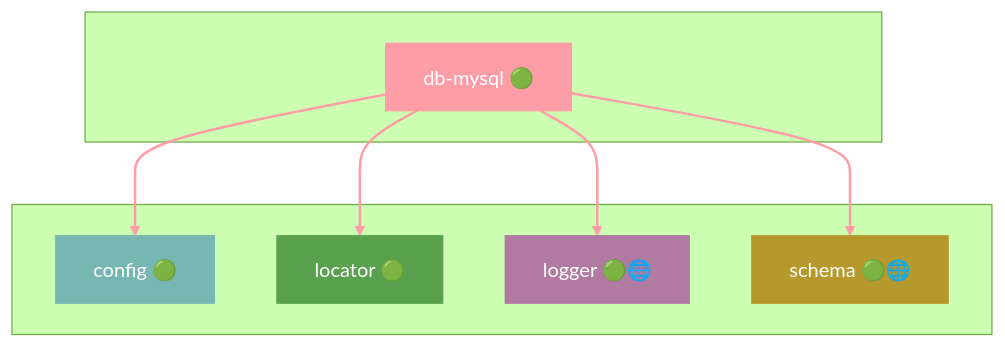
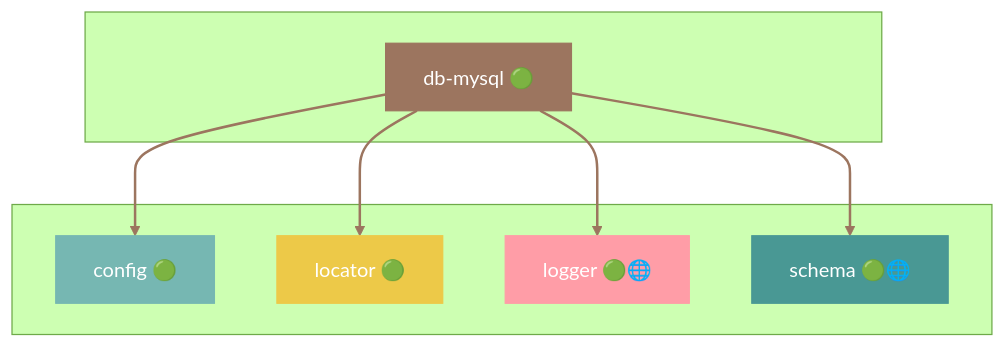
The tenth of 43 diagrams in docs/DEPENDENCIES.md (grest-ts/grest-ts), drawn with Mermaid (forest theme) before and after one commit. The commit also changed other lines of this file and 14 other files, not shown here.

````diff
--- a/docs/DEPENDENCIES.md
+++ b/docs/DEPENDENCIES.md
@@ -635,25 +677,25 @@
 ```mermaid
 flowchart TB
     subgraph Package[" "]
         db-mysql["db-mysql 🟢"]
     end
     subgraph Dependencies[" "]
         config["config 🟢"]
         locator["locator 🟢"]
         logger["logger 🟢🌐"]
         schema["schema 🟢🌐"]
     end
     db-mysql --> config
     db-mysql --> locator
     db-mysql --> logger
     db-mysql --> schema
-    style db-mysql fill:#FF9DA7,stroke:#FF9DA7,color:#fff
+    style db-mysql fill:#9C755F,stroke:#9C755F,color:#fff
     style config fill:#76B7B2,stroke:#76B7B2,color:#fff
-    style locator fill:#59A14F,stroke:#59A14F,color:#fff
-    style logger fill:#B07AA1,stroke:#B07AA1,color:#fff
-    style schema fill:#B6992D,stroke:#B6992D,color:#fff
-    linkStyle 0 stroke:#FF9DA7,stroke-width:2px
-    linkStyle 1 stroke:#FF9DA7,stroke-width:2px
-    linkStyle 2 stroke:#FF9DA7,stroke-width:2px
-    linkStyle 3 stroke:#FF9DA7,stroke-width:2px
+    style locator fill:#EDC948,stroke:#EDC948,color:#fff
+    style logger fill:#FF9DA7,stroke:#FF9DA7,color:#fff
+    style schema fill:#499894,stroke:#499894,color:#fff
+    linkStyle 0 stroke:#9C755F,stroke-width:2px
+    linkStyle 1 stroke:#9C755F,stroke-width:2px
+    linkStyle 2 stroke:#9C755F,stroke-width:2px
+    linkStyle 3 stroke:#9C755F,stroke-width:2px
 ```
````
